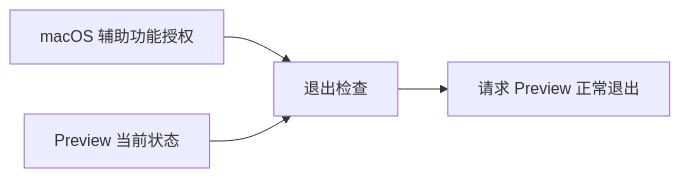
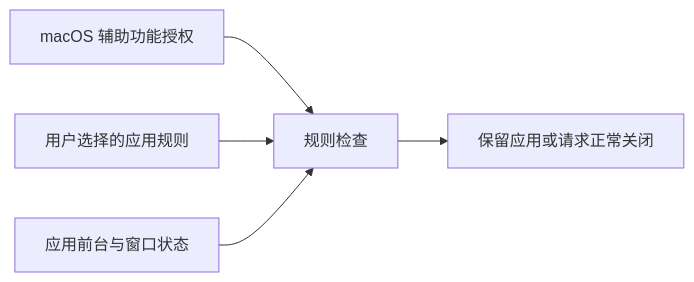
The diagram in docs/feat/index.md (AFutureD/AutoQuit), drawn with Mermaid before and after one commit. The commit also changed other lines of this file and 21 other files, not shown here.

````diff
--- a/docs/feat/index.md
+++ b/docs/feat/index.md
@@ -50,6 +50,7 @@
 ```mermaid
 flowchart LR
-    A["macOS 辅助功能授权"] --> C["退出检查"]
-    B["Preview 当前状态"] --> C
-    C --> D["请求 Preview 正常退出"]
+    A["macOS 辅助功能授权"] --> D["规则检查"]
+    B["用户选择的应用规则"] --> D
+    C["应用前台与窗口状态"] --> D
+    D --> E["保留应用或请求正常关闭"]
 ```
````
